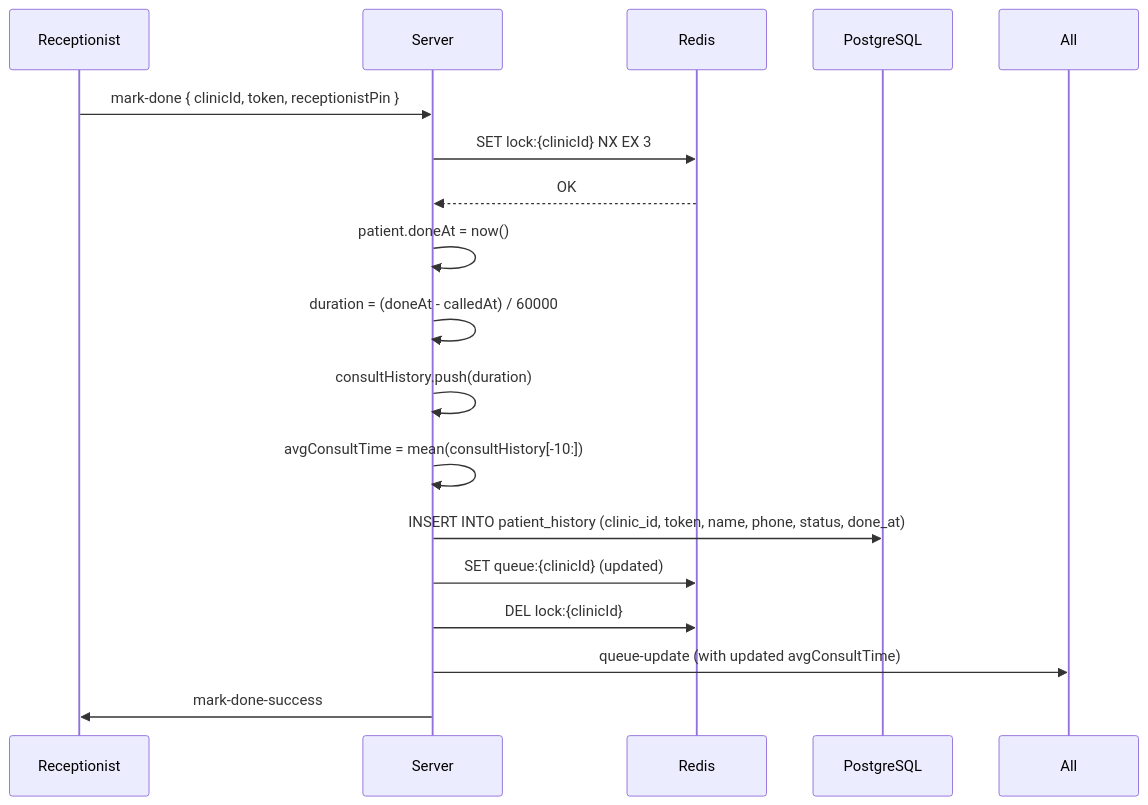
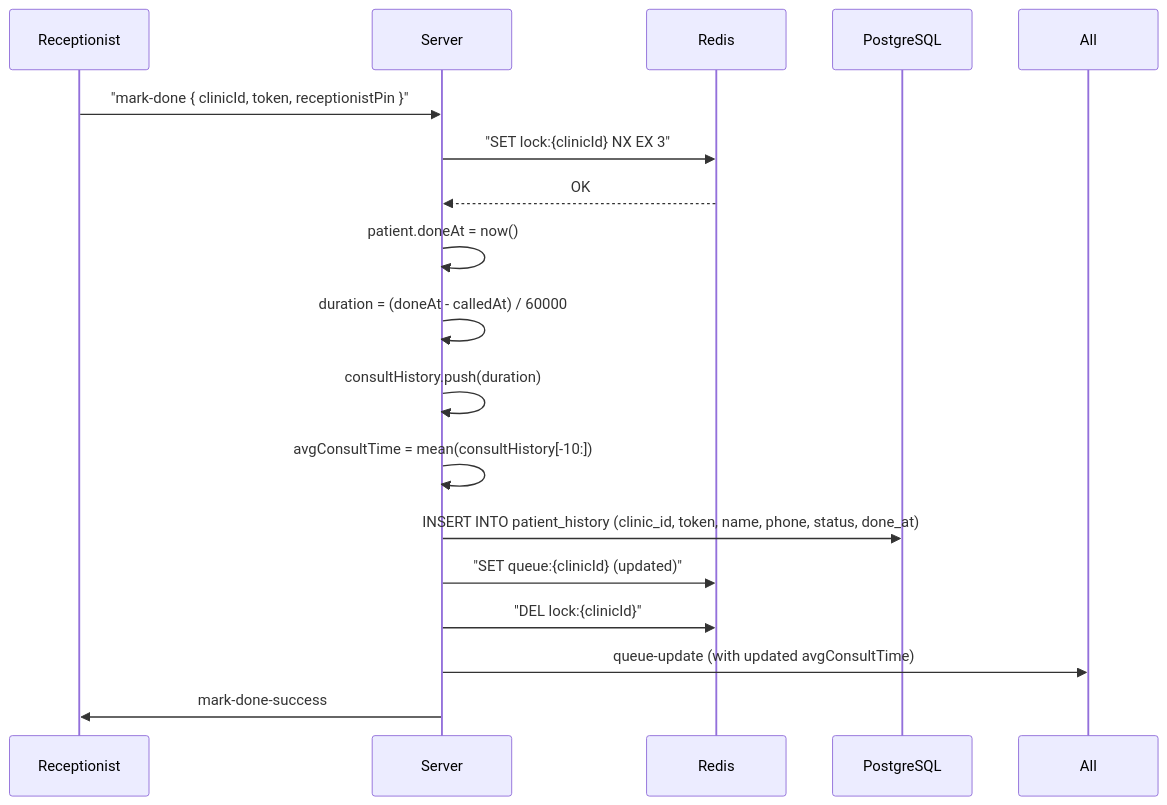
Before and after one commit to Zahid-Ham/Queue_Cure: the third of 4 diagrams in SOCKET_DIAGRAM.md, drawn with Mermaid. The commit also changed other lines of this file, not shown here.

Commit message:
Fix Mermaid syntax parse error in SOCKET_DIAGRAM.md by quoting message payloads and removing semicolons in notes

````diff
--- a/SOCKET_DIAGRAM.md
+++ b/SOCKET_DIAGRAM.md
@@ -108,20 +108,20 @@
 ```mermaid
 sequenceDiagram
     participant R as Receptionist
     participant S as Server
     participant Redis
     participant PG as PostgreSQL
 
-    R->>S: mark-done { clinicId, token, receptionistPin }
-    S->>Redis: SET lock:{clinicId} NX EX 3
+    R->>S: "mark-done { clinicId, token, receptionistPin }"
+    S->>Redis: "SET lock:{clinicId} NX EX 3"
     Redis-->>S: OK
     S->>S: patient.doneAt = now()
     S->>S: duration = (doneAt - calledAt) / 60000
     S->>S: consultHistory.push(duration)
     S->>S: avgConsultTime = mean(consultHistory[-10:])
     S->>PG: INSERT INTO patient_history (clinic_id, token, name, phone, status, done_at)
-    S->>Redis: SET queue:{clinicId} (updated)
-    S->>Redis: DEL lock:{clinicId}
+    S->>Redis: "SET queue:{clinicId} (updated)"
+    S->>Redis: "DEL lock:{clinicId}"
     S->>All: queue-update (with updated avgConsultTime)
     S->>R: mark-done-success
 ```
````
